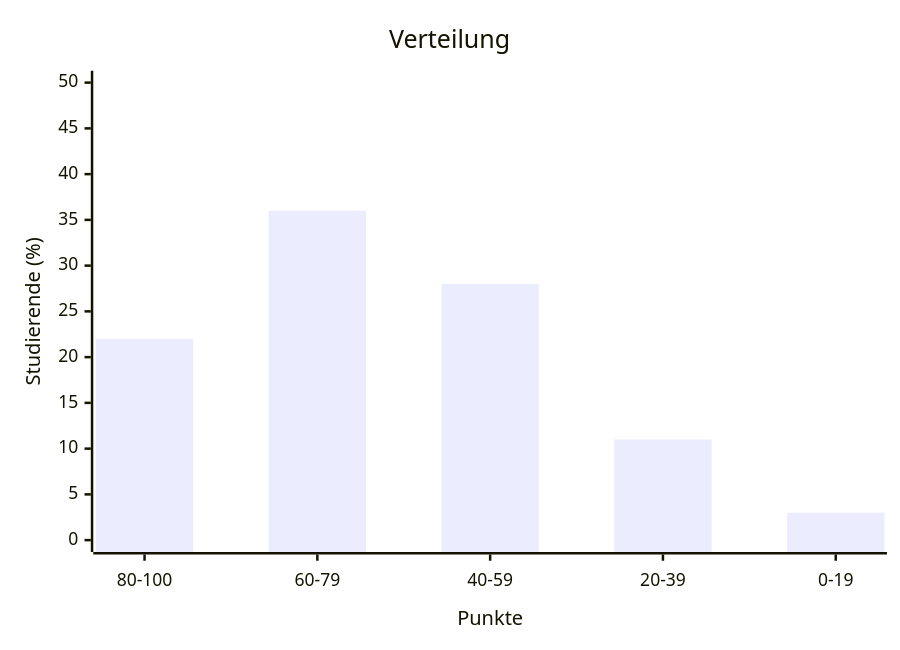
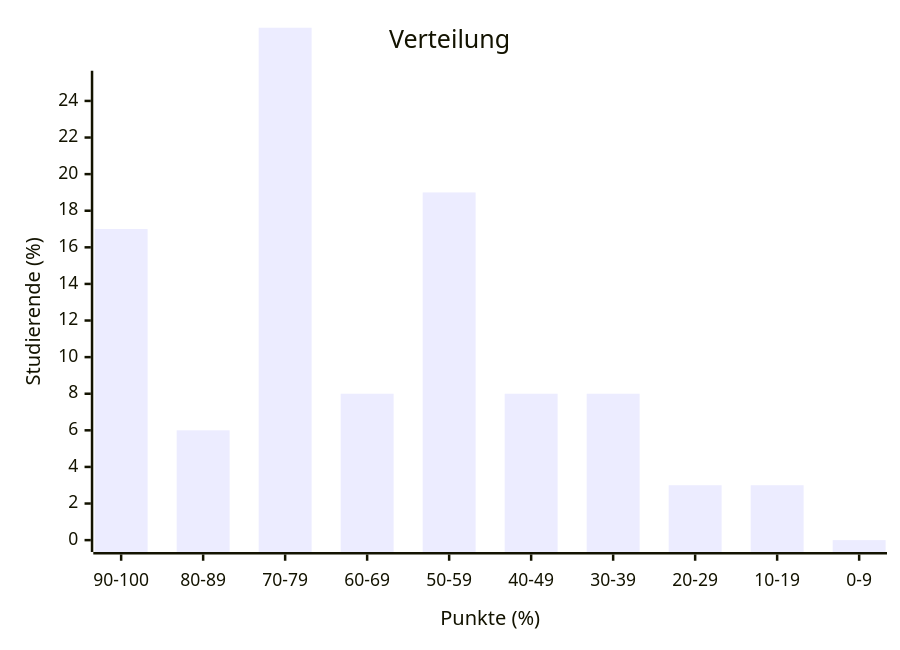
Before and after one commit to jappuccini/java-docs: the second of 4 diagrams in docs/additional-material/daniel/coding1-wi/exam-results.md, drawn with Mermaid. The commit also changed other lines of this file and 1 other file, not shown here.

````diff
--- a/docs/additional-material/daniel/coding1-wi/exam-results.md
+++ b/docs/additional-material/daniel/coding1-wi/exam-results.md
@@ -34,7 +34,7 @@
 ```mermaid
 xychart-beta
    title "Verteilung"
-   x-axis "Punkte" ["80-100", "60-79", "40-59", "20-39", "0-19"]
-   y-axis "Studierende (%)" 0 --> 50
-   bar [22, 36, 28, 11, 3]
+   x-axis "Punkte (%)" ["90-100", "80-89", "70-79", "60-69", "50-59", "40-49", "30-39", "20-29", "10-19", "0-9"]
+   y-axis "Studierende (%)" 0 --> 25
+   bar [17, 6, 28, 8, 19, 8, 8, 3, 3, 0]
 ```
````
